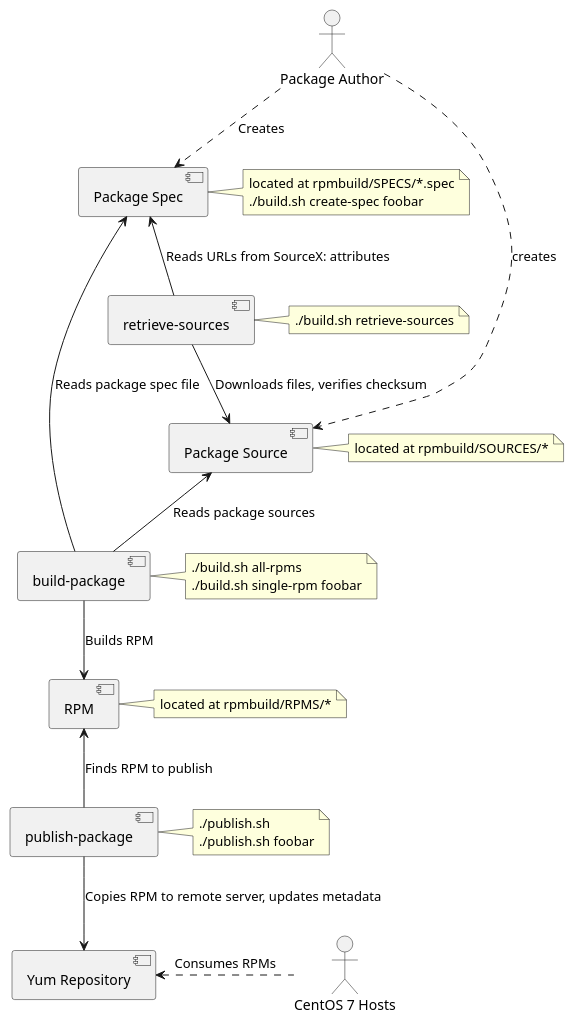
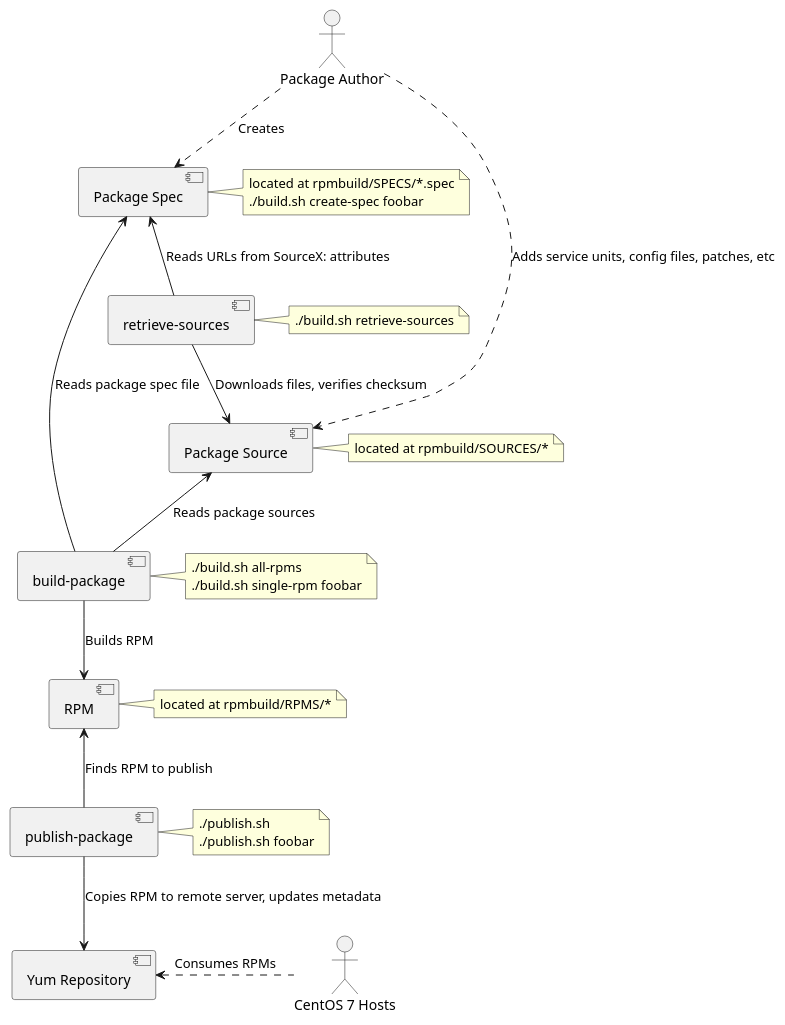
The diagram in docs/design.puml (msteinhoff/rpm-docker-buildchain), drawn with PlantUML before and after one commit. The commit also changed 1 other file, not shown here.

Commit message:
docs: Fix wording in design diagram

```diff
--- a/docs/design.puml
+++ b/docs/design.puml
@@ -1,49 +1,49 @@
 @startuml
 actor "Package Author"
 [Package Spec]
 [Package Source]
 [RPM]
 [retrieve-sources]
 [build-package]
 [publish-package]
 [Yum Repository]
 actor "CentOS 7 Hosts"
 
 [Package Author] ..> [Package Spec] : Creates
-[Package Author] ..> [Package Source] : creates
+[Package Author] ..> [Package Source] : Adds service units, config files, patches, etc
 [Package Spec] <-- [retrieve-sources] : Reads URLs from SourceX: attributes
 [retrieve-sources] --> [Package Source] : Downloads files, verifies checksum
 [Package Spec] <-- [build-package] : Reads package spec file
 [Package Source] <-- [build-package] : Reads package sources
 [build-package] --> [RPM] : Builds RPM
 [RPM] <-- [publish-package] : Finds RPM to publish
 [publish-package] --> [Yum Repository] : Copies RPM to remote server, updates metadata
 [CentOS 7 Hosts] .left.> [Yum Repository] : Consumes RPMs
 
 note right of [Package Spec]
     located at rpmbuild/SPECS/*.spec
     ./build.sh create-spec foobar
 end note
 
 note right of [Package Source]
     located at rpmbuild/SOURCES/*
 end note
 
 note right of [retrieve-sources]
     ./build.sh retrieve-sources
 end note
 
 note right of [RPM]
     located at rpmbuild/RPMS/*
 end note
 
 note right of [build-package]
     ./build.sh all-rpms
     ./build.sh single-rpm foobar
 end note
 
 note right of [publish-package]
     ./publish.sh
     ./publish.sh foobar
 end note
 @enduml
```
